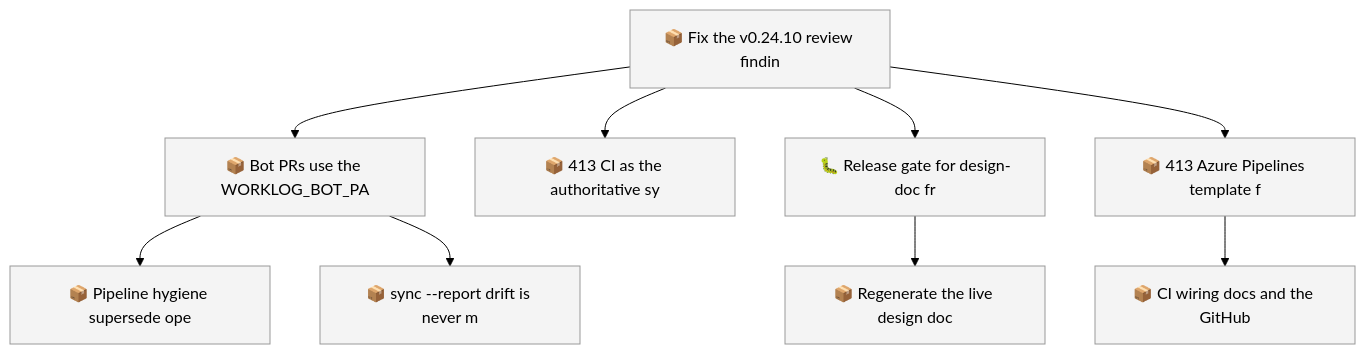
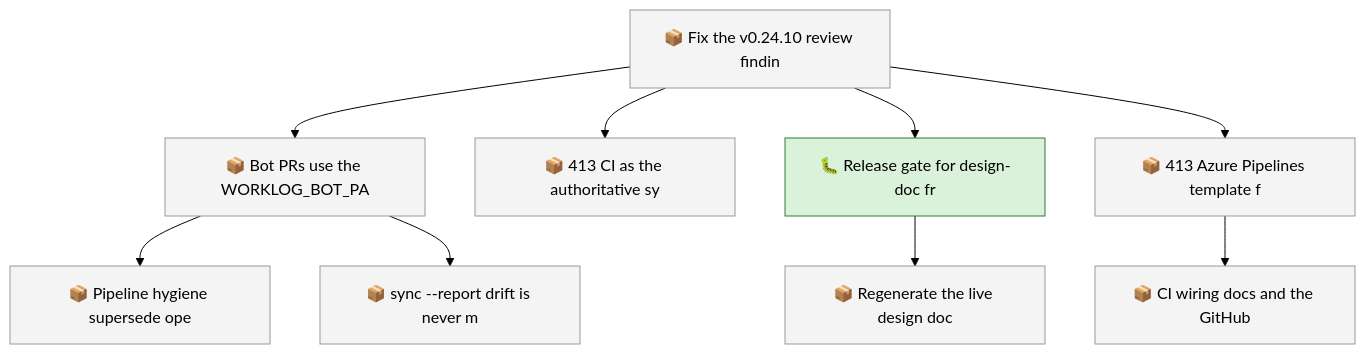
Before and after one commit to SpillwaveSolutions/wiki_ticket_sdd: the first of 2 diagrams in docs/roadmap.md, drawn with Mermaid (forest theme). The commit also changed other lines of this file and 13 other files, not shown here.

First line of the commit message:
feat(doc-verify): release gate for design-doc freshness (01M2XCWMVEH3XFP2VPS9JBD6XQ)

````diff
--- a/docs/roadmap.md
+++ b/docs/roadmap.md
@@ -47,22 +51,24 @@
 ```mermaid
 graph TD
     01M2XCWMV0QYM4ZRBWN1V1327B["📦 Fix the v0.24.10 review findin"]
     01M2XCWMVEH3XFP2VPS9JBD6XF["📦 Bot PRs use the WORKLOG_BOT_PA"]
     01M2XCWMVEH3XFP2VPS9JBD6XH["📦 Pipeline hygiene supersede ope"]
     01M2XCWMVEH3XFP2VPS9JBD6XK["📦 sync --report drift is never m"]
     01M2XCWMVEH3XFP2VPS9JBD6XN["📦 413 CI as the authoritative sy"]
     01M2XCWMVEH3XFP2VPS9JBD6XQ["🐛 Release gate for design-doc fr"]
     01M2XCWMVEH3XFP2VPS9JBD6XS["📦 Regenerate the live design doc"]
     01M2XCWMVEH3XFP2VPS9JBD6XV["📦 413 Azure Pipelines template f"]
     01M2XCWMVEH3XFP2VPS9JBD6XX["📦 CI wiring docs and the GitHub"]
     01M2XCWMV0QYM4ZRBWN1V1327B --> 01M2XCWMVEH3XFP2VPS9JBD6XF
     01M2XCWMVEH3XFP2VPS9JBD6XF --> 01M2XCWMVEH3XFP2VPS9JBD6XH
     01M2XCWMVEH3XFP2VPS9JBD6XF --> 01M2XCWMVEH3XFP2VPS9JBD6XK
     01M2XCWMV0QYM4ZRBWN1V1327B --> 01M2XCWMVEH3XFP2VPS9JBD6XN
     01M2XCWMV0QYM4ZRBWN1V1327B --> 01M2XCWMVEH3XFP2VPS9JBD6XQ
     01M2XCWMVEH3XFP2VPS9JBD6XQ --> 01M2XCWMVEH3XFP2VPS9JBD6XS
     01M2XCWMV0QYM4ZRBWN1V1327B --> 01M2XCWMVEH3XFP2VPS9JBD6XV
     01M2XCWMVEH3XFP2VPS9JBD6XV --> 01M2XCWMVEH3XFP2VPS9JBD6XX
     classDef todo fill:#f4f4f4,stroke:#999999
-    class 01M2XCWMV0QYM4ZRBWN1V1327B,01M2XCWMVEH3XFP2VPS9JBD6XF,01M2XCWMVEH3XFP2VPS9JBD6XH,01M2XCWMVEH3XFP2VPS9JBD6XK,01M2XCWMVEH3XFP2VPS9JBD6XN,01M2XCWMVEH3XFP2VPS9JBD6XQ,01M2XCWMVEH3XFP2VPS9JBD6XS,01M2XCWMVEH3XFP2VPS9JBD6XV,01M2XCWMVEH3XFP2VPS9JBD6XX todo
+    class 01M2XCWMV0QYM4ZRBWN1V1327B,01M2XCWMVEH3XFP2VPS9JBD6XF,01M2XCWMVEH3XFP2VPS9JBD6XH,01M2XCWMVEH3XFP2VPS9JBD6XK,01M2XCWMVEH3XFP2VPS9JBD6XN,01M2XCWMVEH3XFP2VPS9JBD6XS,01M2XCWMVEH3XFP2VPS9JBD6XV,01M2XCWMVEH3XFP2VPS9JBD6XX todo
+    classDef in_progress fill:#d9f2d9,stroke:#2e7d32
+    class 01M2XCWMVEH3XFP2VPS9JBD6XQ in_progress
 ```
````
